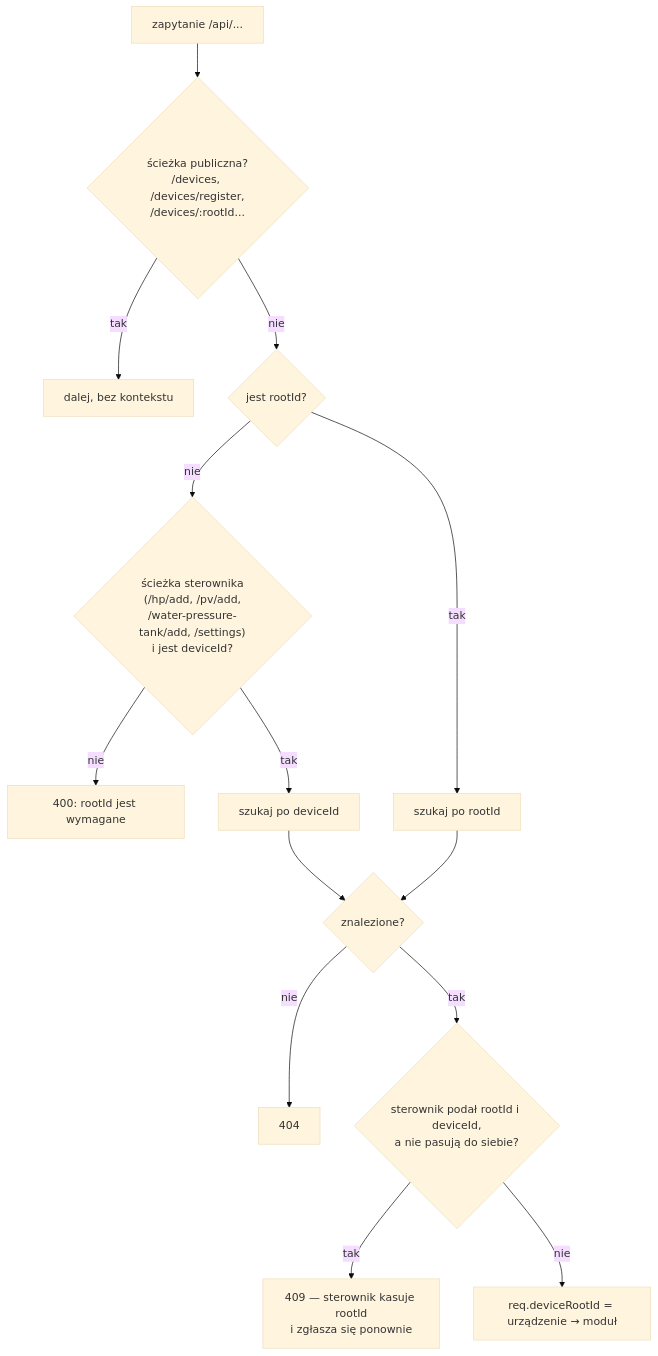
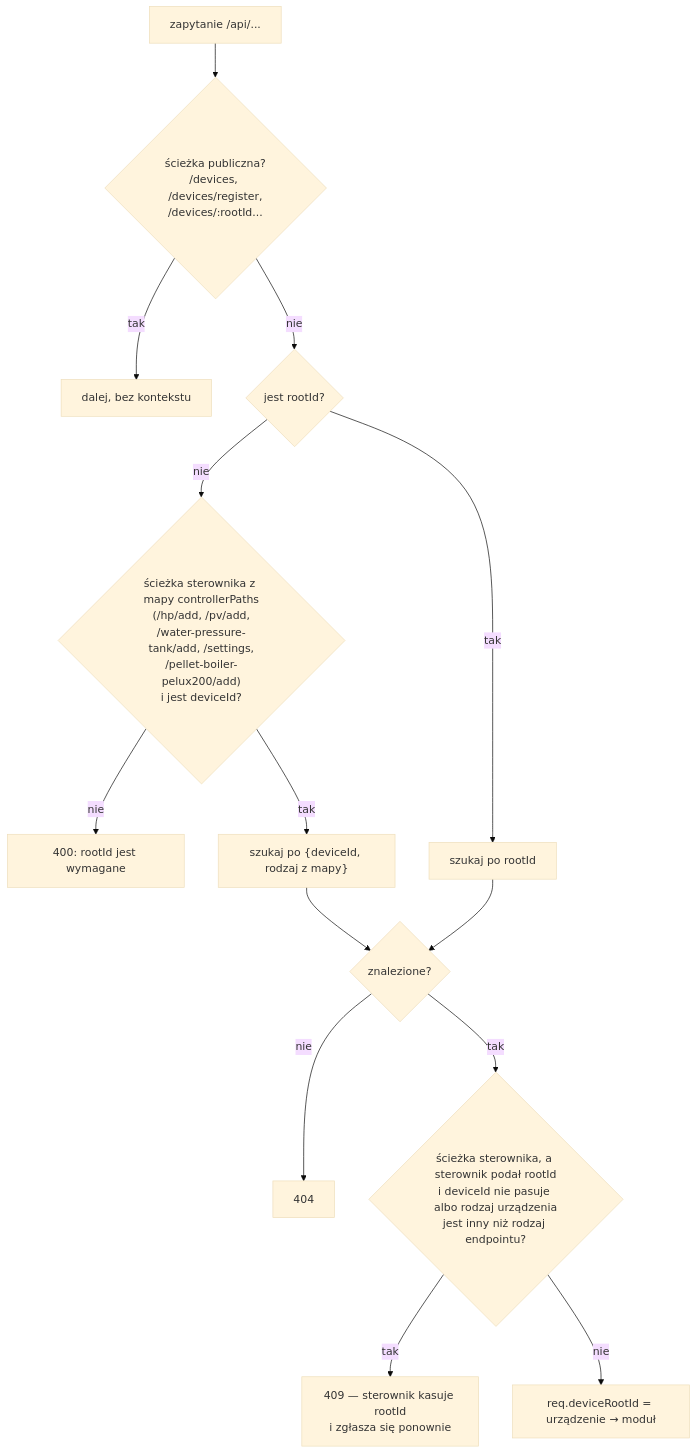
One commit to robertorlowski/chpc-web changed the fourth of 6 diagrams in docs/moduly/core/2-zasada-dzialania.md. Above: the diagram before and after it, drawn with Mermaid (base theme). The commit also changed other lines of this file and 78 other files, not shown here.

````diff
--- a/docs/moduly/core/2-zasada-dzialania.md
+++ b/docs/moduly/core/2-zasada-dzialania.md
@@ -78,16 +95,16 @@
 ```mermaid
 flowchart TD
     A["zapytanie /api/..."] --> B{"ścieżka publiczna?<br/>/devices, /devices/register,<br/>/devices/:rootId..."}
     B -- tak --> OK["dalej, bez kontekstu"]
     B -- nie --> C{"jest rootId?"}
-    C -- nie --> D{"ścieżka sterownika<br/>(/hp/add, /pv/add,<br/>/water-pressure-tank/add, /settings)<br/>i jest deviceId?"}
+    C -- nie --> D{"ścieżka sterownika z mapy controllerPaths<br/>(/hp/add, /pv/add,<br/>/water-pressure-tank/add, /settings,<br/>/pellet-boiler-pelux200/add)<br/>i jest deviceId?"}
     D -- nie --> E400["400: rootId jest wymagane"]
-    D -- tak --> F["szukaj po deviceId"]
+    D -- tak --> F["szukaj po {deviceId, rodzaj z mapy}"]
     C -- tak --> G["szukaj po rootId"]
     F --> H{"znalezione?"}
     G --> H
     H -- nie --> E404["404"]
-    H -- tak --> I{"sterownik podał rootId i deviceId,<br/>a nie pasują do siebie?"}
+    H -- tak --> I{"ścieżka sterownika, a sterownik podał rootId<br/>i deviceId nie pasuje albo rodzaj urządzenia<br/>jest inny niż rodzaj endpointu?"}
     I -- tak --> E409["409 — sterownik kasuje rootId<br/>i zgłasza się ponownie"]
     I -- nie --> J["req.deviceRootId = urządzenie → moduł"]
 ```
````
